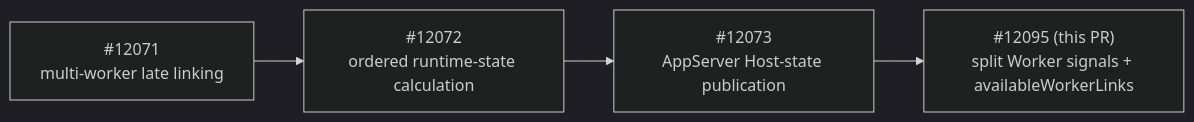
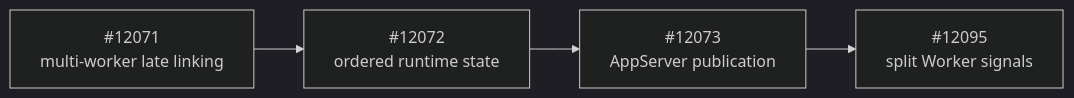
One commit to Azure/azure-functions-host changed the first of 3 diagrams in tools/ComputeSeparation/BYOCSplitWorkerSignals.md. Above: the diagram before and after it, drawn with Mermaid (dark theme). The commit also changed other lines of this file and 17 other files, not shown here.

````diff
--- a/tools/ComputeSeparation/BYOCSplitWorkerSignals.md
+++ b/tools/ComputeSeparation/BYOCSplitWorkerSignals.md
@@ -12,9 +9,9 @@
 ```mermaid
 flowchart LR
     PR12071["#12071<br/>multi-worker late linking"]
-    PR12072["#12072<br/>ordered runtime-state calculation"]
-    PR12073["#12073<br/>AppServer Host-state publication"]
-    PR12095["#12095 (this PR)<br/>split Worker signals + availableWorkerLinks"]
+    PR12072["#12072<br/>ordered runtime state"]
+    PR12073["#12073<br/>AppServer publication"]
+    PR12095["#12095<br/>split Worker signals"]
 
     PR12071 --> PR12072 --> PR12073 --> PR12095
 ```
````
